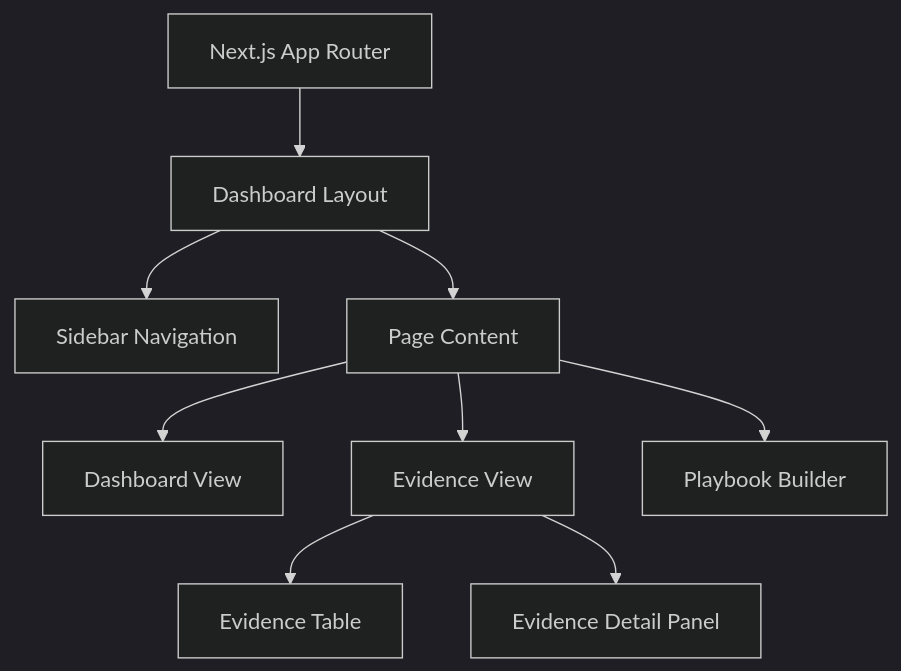
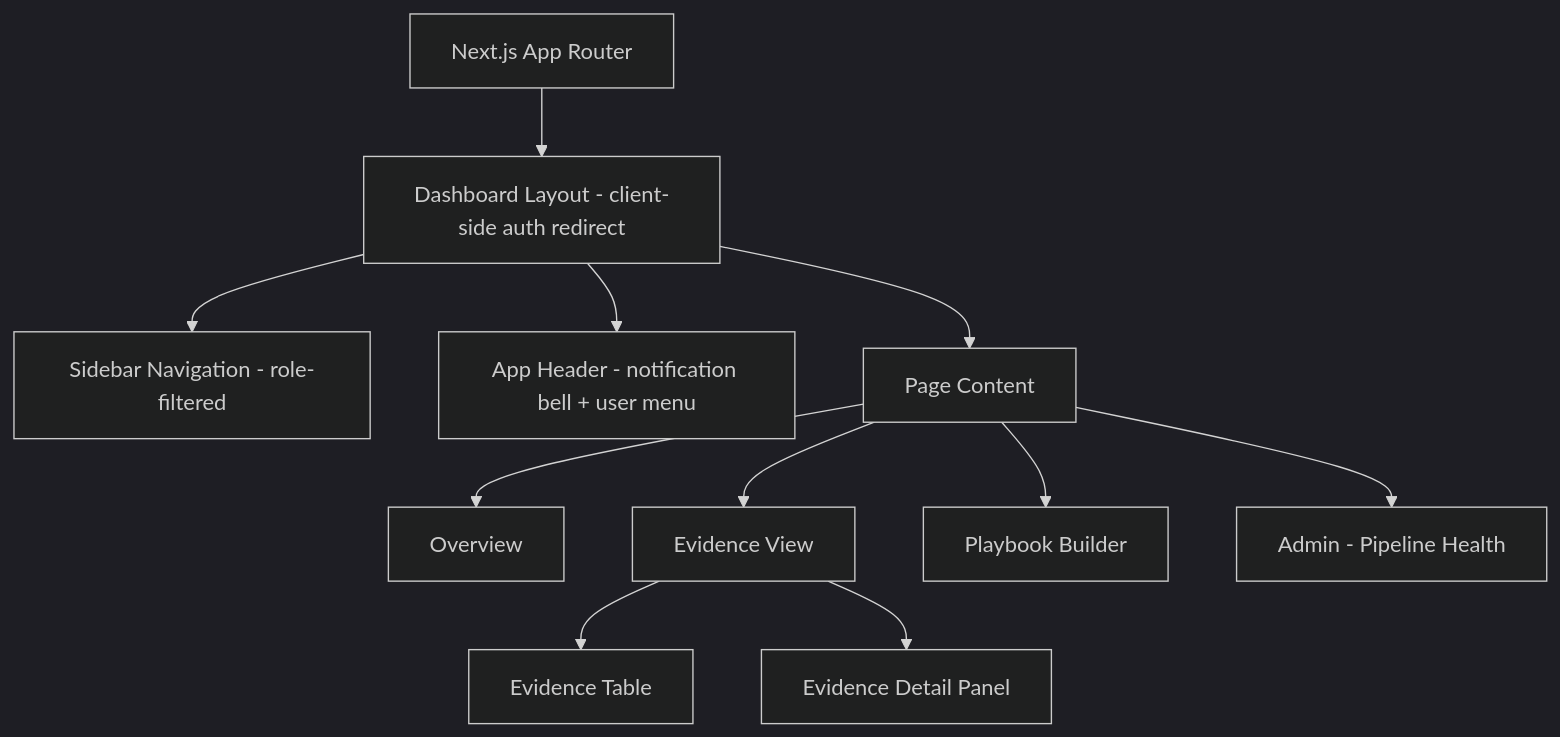
Before and after one commit to Valuedx/ContextEdge: the sixth of 7 diagrams in docs/12_File_Dependency_Map.md, drawn with Mermaid (dark theme). The commit also changed other lines of this file and 48 other files, not shown here.

````diff
--- a/docs/12_File_Dependency_Map.md
+++ b/docs/12_File_Dependency_Map.md
@@ -171,11 +299,13 @@
 ```mermaid
 graph TD
-    App[Next.js App Router] --> Layout[Dashboard Layout]
-    Layout --> Nav[Sidebar Navigation]
+    App[Next.js App Router] --> Layout[Dashboard Layout - client-side auth redirect]
+    Layout --> Nav[Sidebar Navigation - role-filtered]
+    Layout --> Header[App Header - notification bell + user menu]
     Layout --> PageContent[Page Content]
-    PageContent --> Dashboard[Dashboard View]
+    PageContent --> Dashboard[Overview]
     PageContent --> Evidence[Evidence View]
     PageContent --> Playbook[Playbook Builder]
+    PageContent --> Pipeline[Admin - Pipeline Health]
     Evidence --> EvidenceList[Evidence Table]
     Evidence --> EvidenceDetail[Evidence Detail Panel]
 ```
````
